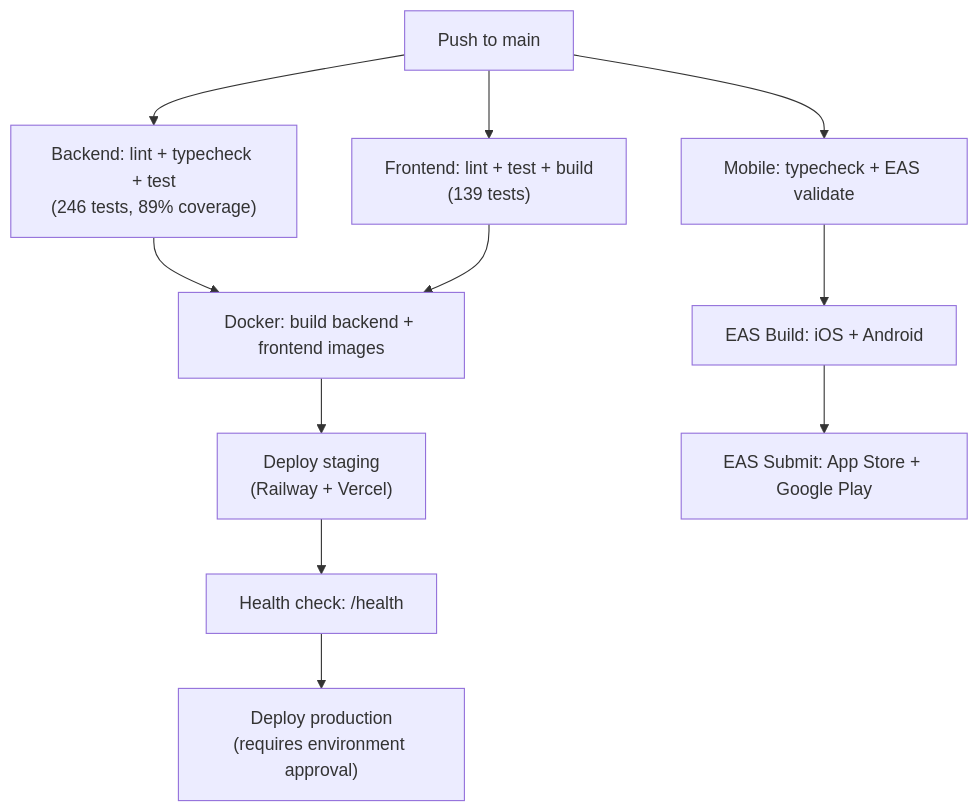
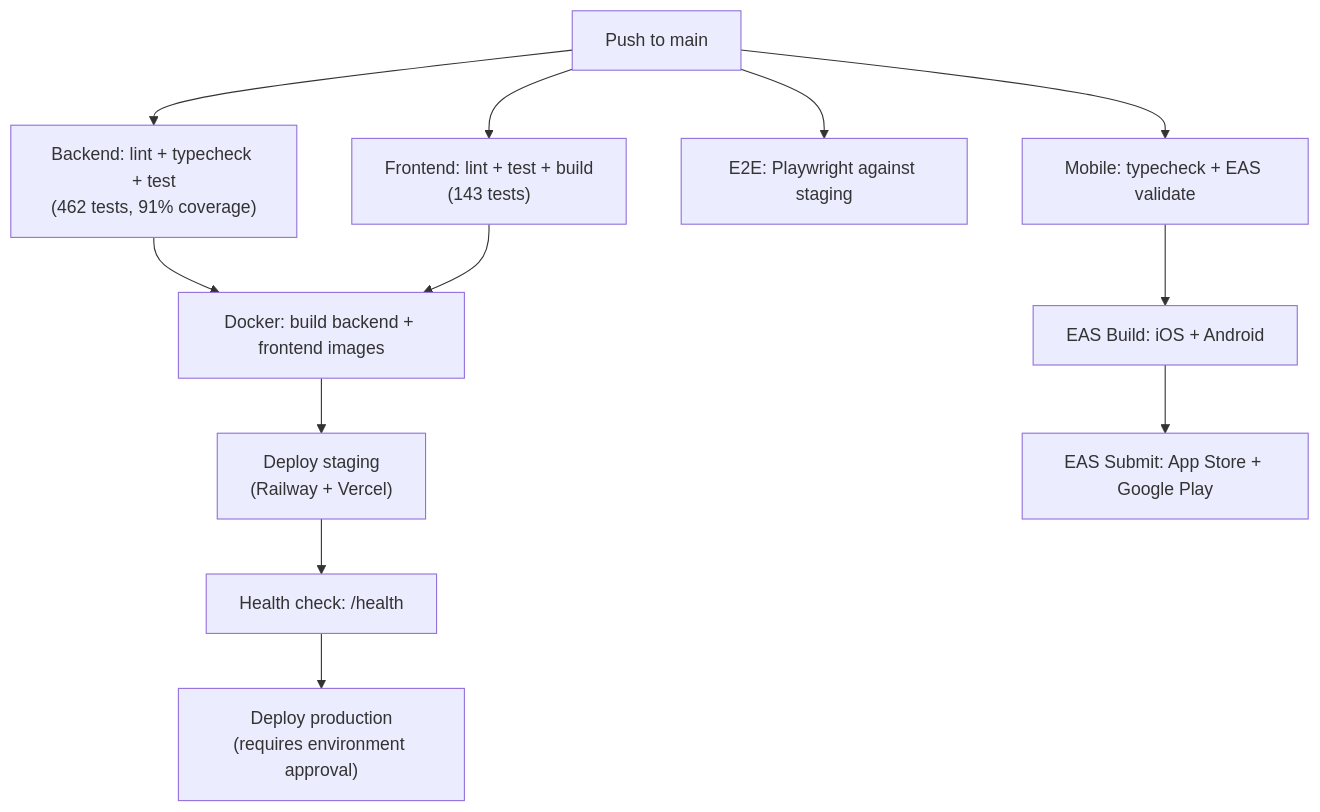
Before and after one commit to tylerm2407/Legalassistant: the sixth of 6 diagrams in ARCHITECTURE.md, drawn with Mermaid. The commit also changed other lines of this file and 51 other files, not shown here.

First line of the commit message:
refactor(quality): raise code quality from 87% to 91% — type safety, test coverage, lint fixes

````diff
--- a/ARCHITECTURE.md
+++ b/ARCHITECTURE.md
@@ -724,13 +776,14 @@
 ```mermaid
 flowchart TD
-    PUSH["Push to main"] --> LINT["Backend: lint + typecheck + test<br/>(246 tests, 89% coverage)"]
-    PUSH --> WEB["Frontend: lint + test + build<br/>(139 tests)"]
+    PUSH["Push to main"] --> LINT["Backend: lint + typecheck + test<br/>(462 tests, 91% coverage)"]
+    PUSH --> WEB["Frontend: lint + test + build<br/>(143 tests)"]
+    PUSH --> E2E["E2E: Playwright against staging"]
     PUSH --> MOBILE["Mobile: typecheck + EAS validate"]
     LINT --> DOCKER["Docker: build backend + frontend images"]
     WEB --> DOCKER
     DOCKER --> STAGING["Deploy staging<br/>(Railway + Vercel)"]
     STAGING --> HEALTH["Health check: /health"]
     HEALTH --> PROD["Deploy production<br/>(requires environment approval)"]
     MOBILE --> EAS["EAS Build: iOS + Android"]
     EAS --> SUBMIT["EAS Submit: App Store + Google Play"]
 ```
````
